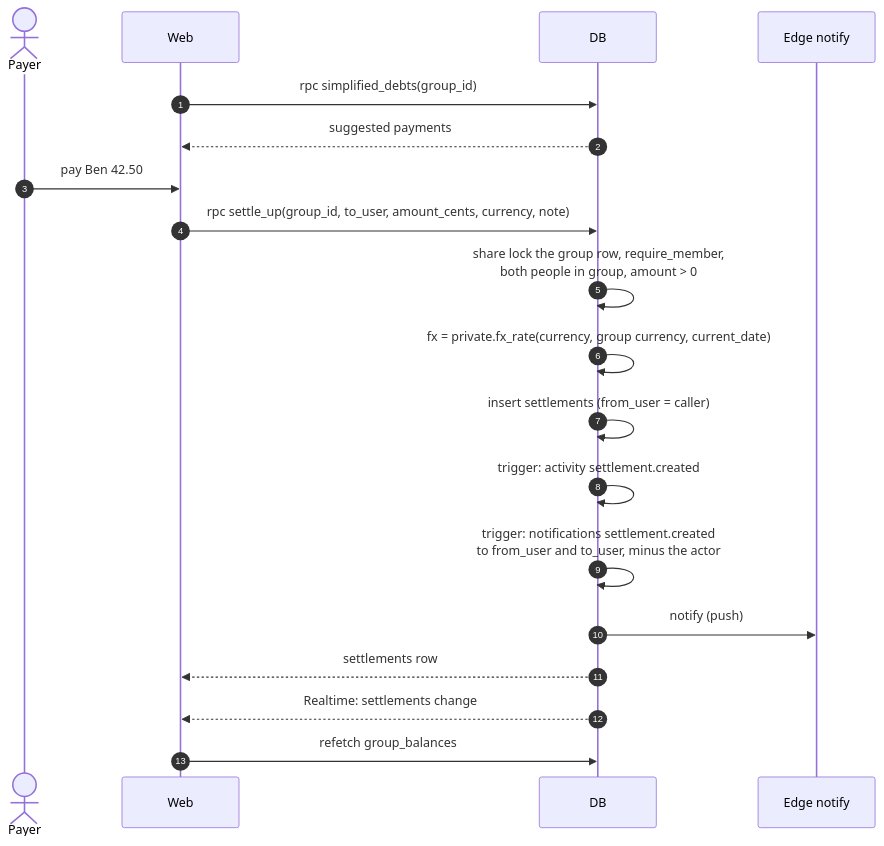
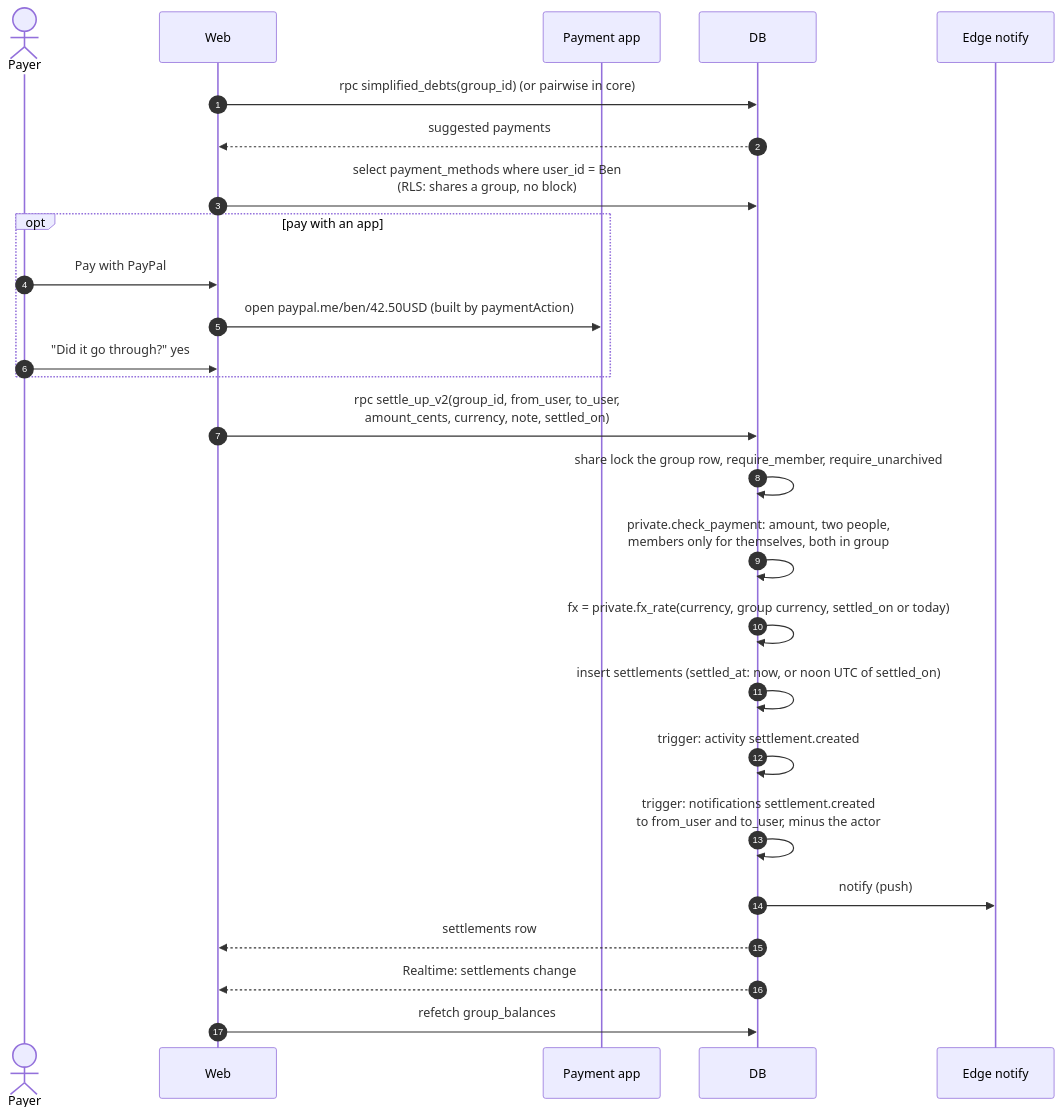
The fifth of 18 diagrams in docs/sequences.md (Fermulate/potluck), drawn with Mermaid before and after one commit. The commit also changed other lines of this file and 3 other files, not shown here.

Commit message:
docs: payments, adr 15, sequences, parity rows

````diff
--- a/docs/sequences.md
+++ b/docs/sequences.md
@@ -191,22 +193,29 @@
 ```mermaid
 sequenceDiagram
   autonumber
   actor P as Payer
   participant W as Web
+  participant App as Payment app
   participant DB as DB
   participant E as Edge notify
 
-  W->>DB: rpc simplified_debts(group_id)
+  W->>DB: rpc simplified_debts(group_id) (or pairwise in core)
   DB-->>W: suggested payments
-  P->>W: pay Ben 42.50
-  W->>DB: rpc settle_up(group_id, to_user, amount_cents, currency, note)
-  DB->>DB: share lock the group row, require_member,<br/>both people in group, amount > 0
-  DB->>DB: fx = private.fx_rate(currency, group currency, current_date)
-  DB->>DB: insert settlements (from_user = caller)
+  W->>DB: select payment_methods where user_id = Ben<br/>(RLS: shares a group, no block)
+  opt pay with an app
+    P->>W: Pay with PayPal
+    W->>App: open paypal.me/ben/42.50USD (built by paymentAction)
+    P->>W: "Did it go through?" yes
+  end
+  W->>DB: rpc settle_up_v2(group_id, from_user, to_user,<br/>amount_cents, currency, note, settled_on)
+  DB->>DB: share lock the group row, require_member, require_unarchived
+  DB->>DB: private.check_payment: amount, two people,<br/>members only for themselves, both in group
+  DB->>DB: fx = private.fx_rate(currency, group currency, settled_on or today)
+  DB->>DB: insert settlements (settled_at: now, or noon UTC of settled_on)
   DB->>DB: trigger: activity settlement.created
   DB->>DB: trigger: notifications settlement.created<br/>to from_user and to_user, minus the actor
   DB->>E: notify (push)
   DB-->>W: settlements row
   DB-->>W: Realtime: settlements change
   W->>DB: refetch group_balances
 ```
````
